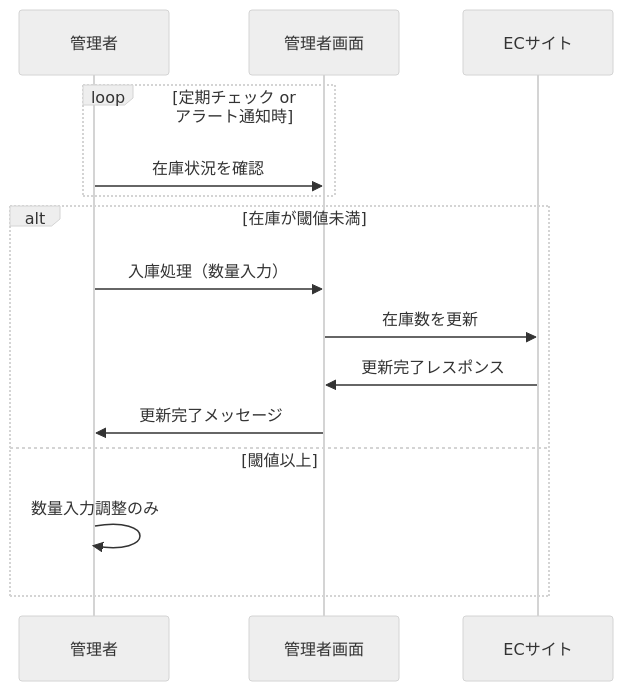
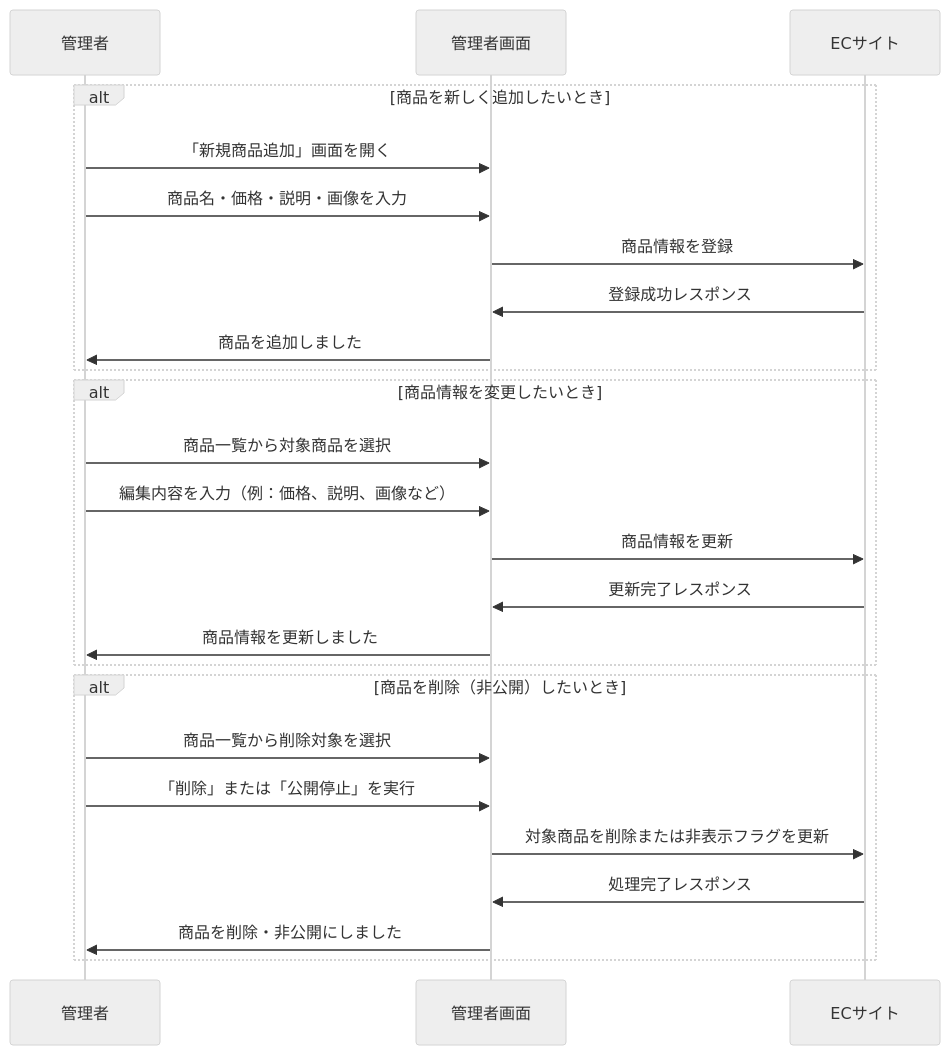
The third of 3 diagrams in 基本設計/B.md (YUKlT0/Equipe), drawn with Mermaid (neutral theme) before and after one commit. The commit also changed other lines of this file, not shown here.

Commit message:
B4回目

```diff
--- a/基本設計/B.md
+++ b/基本設計/B.md
@@ -134,19 +125,30 @@
 <div class="mermaid">
 sequenceDiagram
 participant 管理者 as 管理者
 participant 管理画面 as 管理者画面
 participant DB as ECサイト
 
-loop 定期チェック or アラート通知時
-    管理者 ->> 管理画面: 在庫状況を確認
+alt 商品を新しく追加したいとき
+    管理者 ->> 管理画面: 「新規商品追加」画面を開く
+    管理者 ->> 管理画面: 商品名・価格・説明・画像を入力
+    管理画面 ->> DB: 商品情報を登録
+    DB ->> 管理画面: 登録成功レスポンス
+    管理画面 ->> 管理者: 商品を追加しました
 end
 
-alt 在庫が閾値未満
-    管理者 ->> 管理画面: 入庫処理（数量入力）
-    管理画面 ->> DB: 在庫数を更新
+alt 商品情報を変更したいとき
+    管理者 ->> 管理画面: 商品一覧から対象商品を選択
+    管理者 ->> 管理画面: 編集内容を入力（例：価格、説明、画像など）
+    管理画面 ->> DB: 商品情報を更新
     DB ->> 管理画面: 更新完了レスポンス
-    管理画面 ->> 管理者: 更新完了メッセージ
-else 閾値以上
-    管理者 ->> 管理者: 数量入力調整のみ
+    管理画面 ->> 管理者: 商品情報を更新しました
+end
+
+alt 商品を削除（非公開）したいとき
+    管理者 ->> 管理画面: 商品一覧から削除対象を選択
+    管理者 ->> 管理画面: 「削除」または「公開停止」を実行
+    管理画面 ->> DB: 対象商品を削除または非表示フラグを更新
+    DB ->> 管理画面: 処理完了レスポンス
+    管理画面 ->> 管理者: 商品を削除・非公開にしました
 end
 </div>
```
